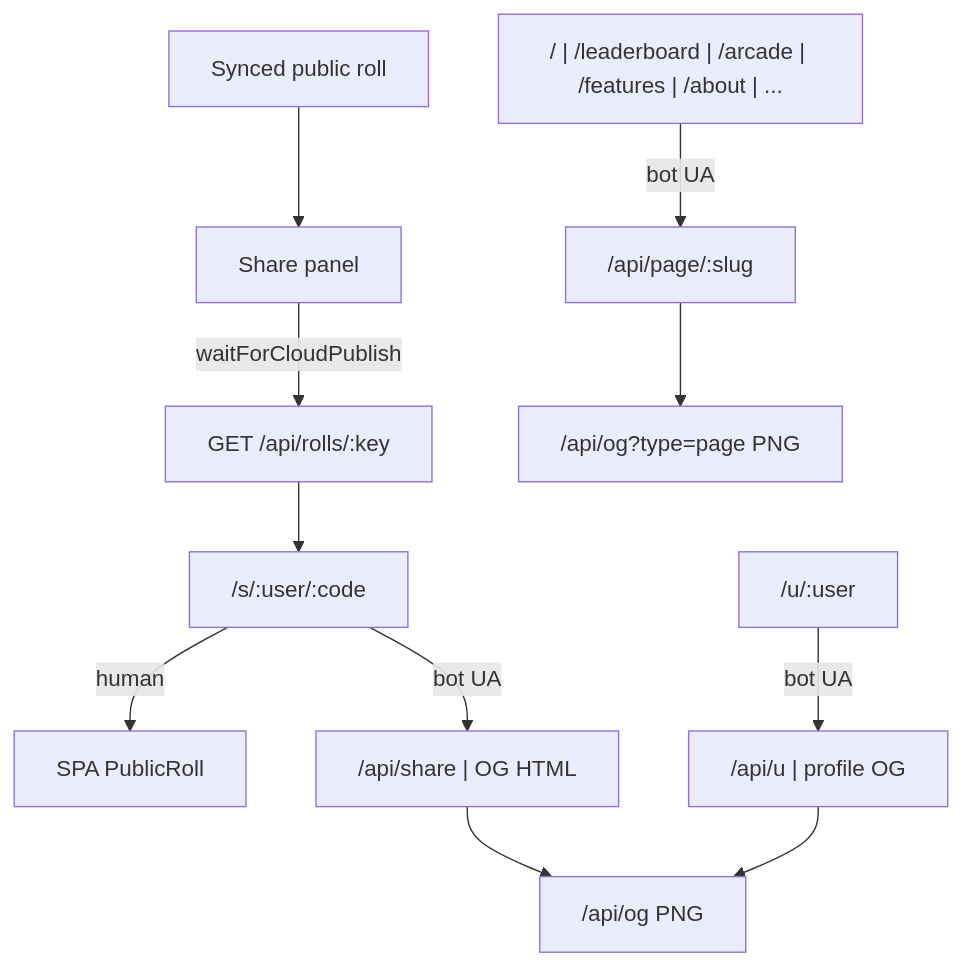
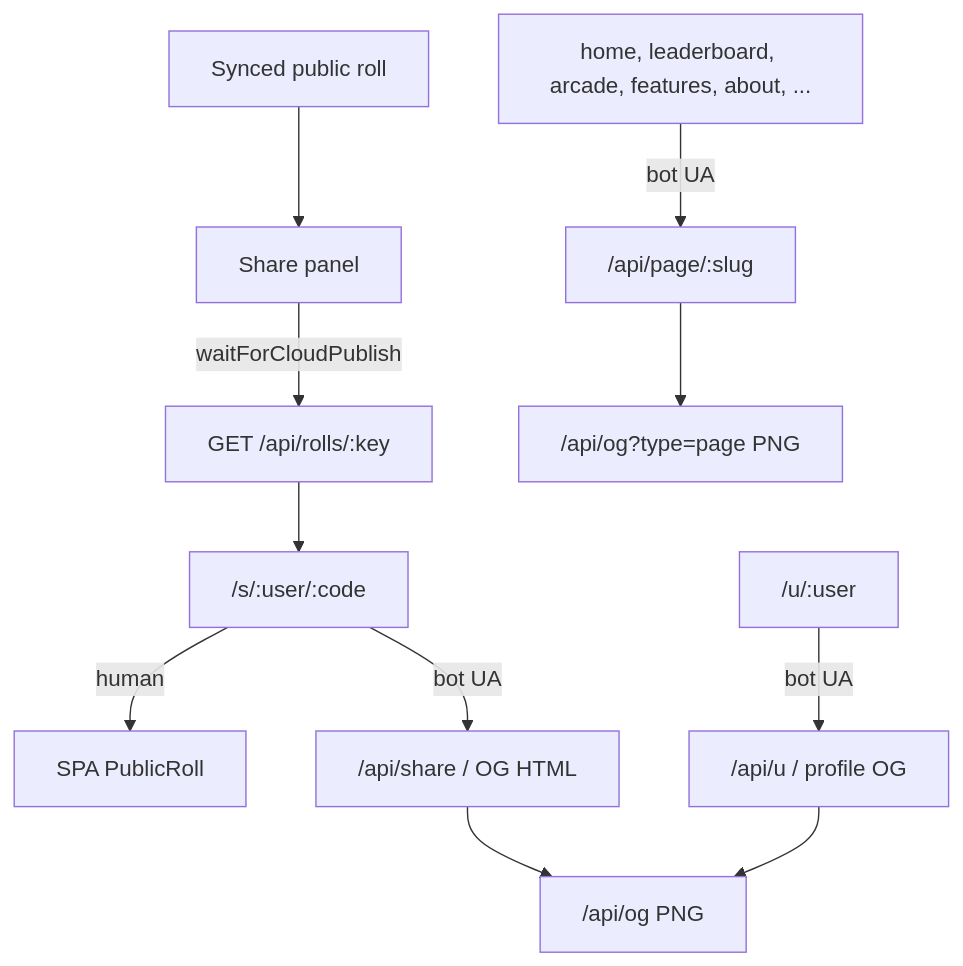
Before and after one commit to jondmarien/rngdle-unlocked: the eighth of 8 diagrams in docs/wiki/Architecture.md, drawn with Mermaid. The commit also changed other lines of this file and 4 other files, not shown here.

First line of the commit message:
Fix Mermaid PIPE parse errors on GitHub Wiki Architecture diagrams.

````diff
--- a/docs/wiki/Architecture.md
+++ b/docs/wiki/Architecture.md
@@ -263,13 +263,13 @@
 ```mermaid
 flowchart TB
   Roll[Synced public roll] --> Share[Share panel]
   Share -->|waitForCloudPublish| API["GET /api/rolls/:key"]
   API --> Vanity["/s/:user/:code"]
   Vanity -->|human| SPA[SPA PublicRoll]
-  Vanity -->|bot UA| HTML["/api/share | OG HTML"]
+  Vanity -->|bot UA| HTML["/api/share / OG HTML"]
   HTML --> Img["/api/og PNG"]
-  Profile["/u/:user"] -->|bot UA| UHTML["/api/u | profile OG"]
+  Profile["/u/:user"] -->|bot UA| UHTML["/api/u / profile OG"]
   UHTML --> Img
-  Pages["/ | /leaderboard | /arcade | /features | /about | ..."] -->|bot UA| PageHTML["/api/page/:slug"]
+  Pages["home, leaderboard, arcade, features, about, ..."] -->|bot UA| PageHTML["/api/page/:slug"]
   PageHTML --> PageImg["/api/og?type=page PNG"]
 ```
````
